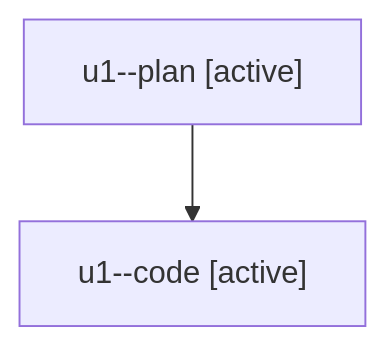
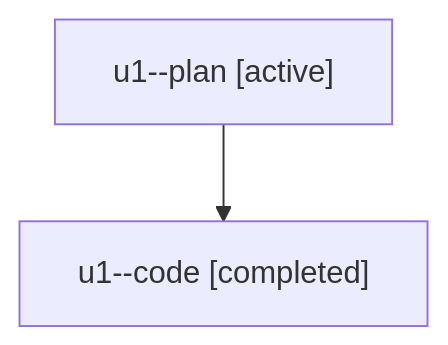
Before and after one commit to sase-org/sase--agents: the diagram in families/bbugyi200.athena.u1.md, drawn with Mermaid. The commit also changed other lines of this file and 4556 other files, not shown here.

````diff
--- a/families/bbugyi200.athena.u1.md
+++ b/families/bbugyi200.athena.u1.md
@@ -9,6 +9,6 @@
 ```mermaid
 flowchart TD
   n0["u1--plan [active]"]
-  n1["u1--code [active]"]
+  n1["u1--code [completed]"]
   n0 --> n1
 ```
````
